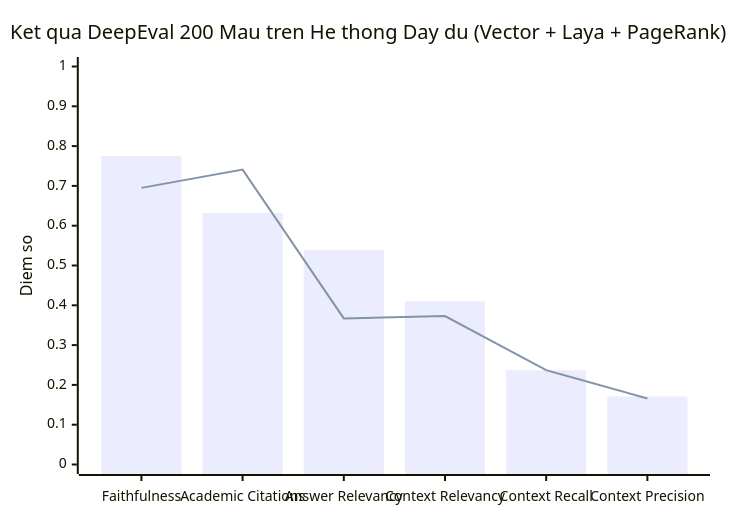
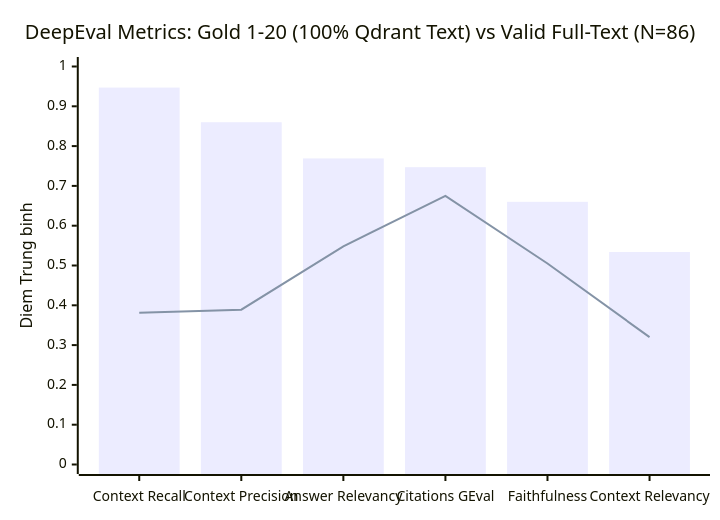
Before and after one commit to QuangManhAI/RAG_TS: the third of 3 diagrams in docs/research/laya-jev.md, drawn with Mermaid. The commit also changed other lines of this file, not shown here.

Commit message:
docs(benchmark): report verified hydrated ranking and valid-context deepeval metrics

````diff
--- a/docs/research/laya-jev.md
+++ b/docs/research/laya-jev.md
@@ -84,8 +83,8 @@
 ```mermaid
 xychart-beta
-    title "Ket qua DeepEval 200 Mau tren He thong Day du (Vector + Laya + PageRank)"
-    x-axis ["Faithfulness", "Academic Citations", "Answer Relevancy", "Context Relevancy", "Context Recall", "Context Precision"]
-    y-axis "Diem so" 0.0 --> 1.0
-    bar [0.775, 0.632, 0.539, 0.410, 0.237, 0.171]
-    line [0.695, 0.741, 0.367, 0.373, 0.237, 0.166]
+    title "DeepEval Metrics: Gold 1-20 (100% Qdrant Text) vs Valid Full-Text (N=86)"
+    x-axis ["Context Recall", "Context Precision", "Answer Relevancy", "Citations GEval", "Faithfulness", "Context Relevancy"]
+    y-axis "Diem Trung binh" 0.0 --> 1.0
+    bar [0.947, 0.860, 0.769, 0.747, 0.660, 0.534]
+    line [0.381, 0.389, 0.548, 0.675, 0.505, 0.320]
 ```
````
